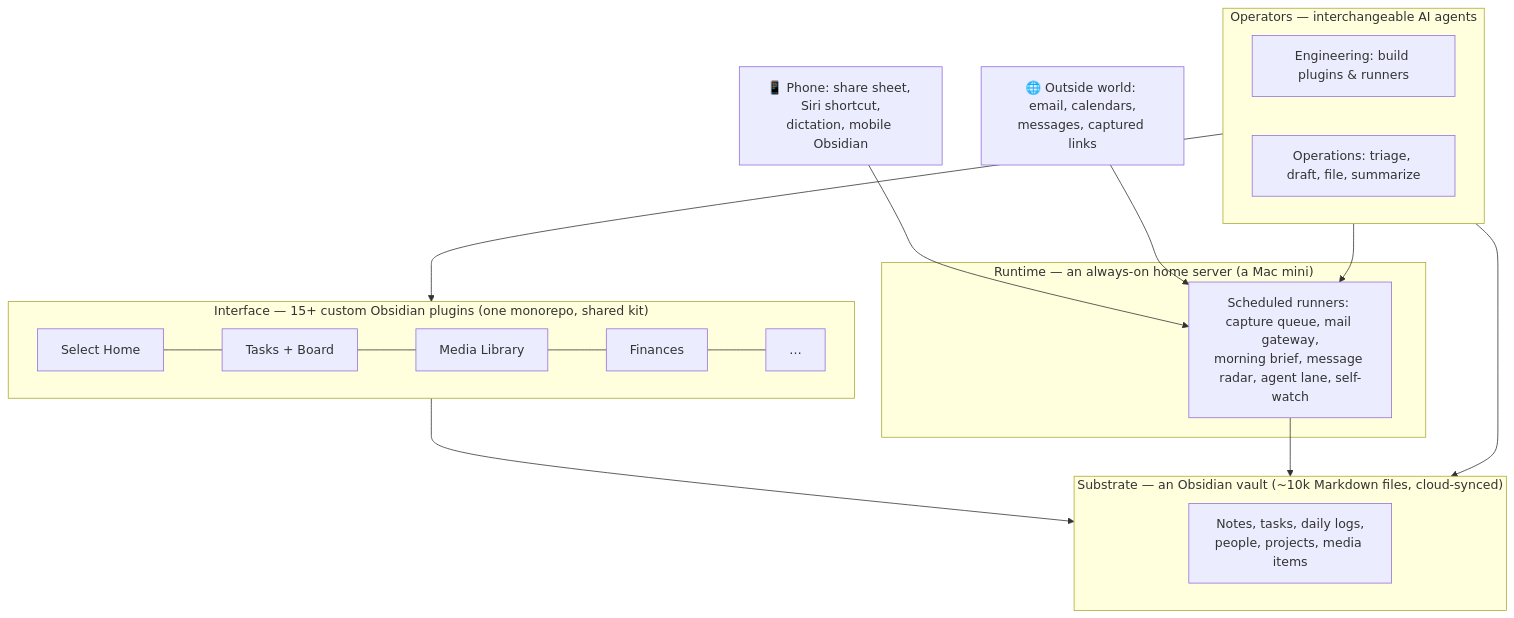
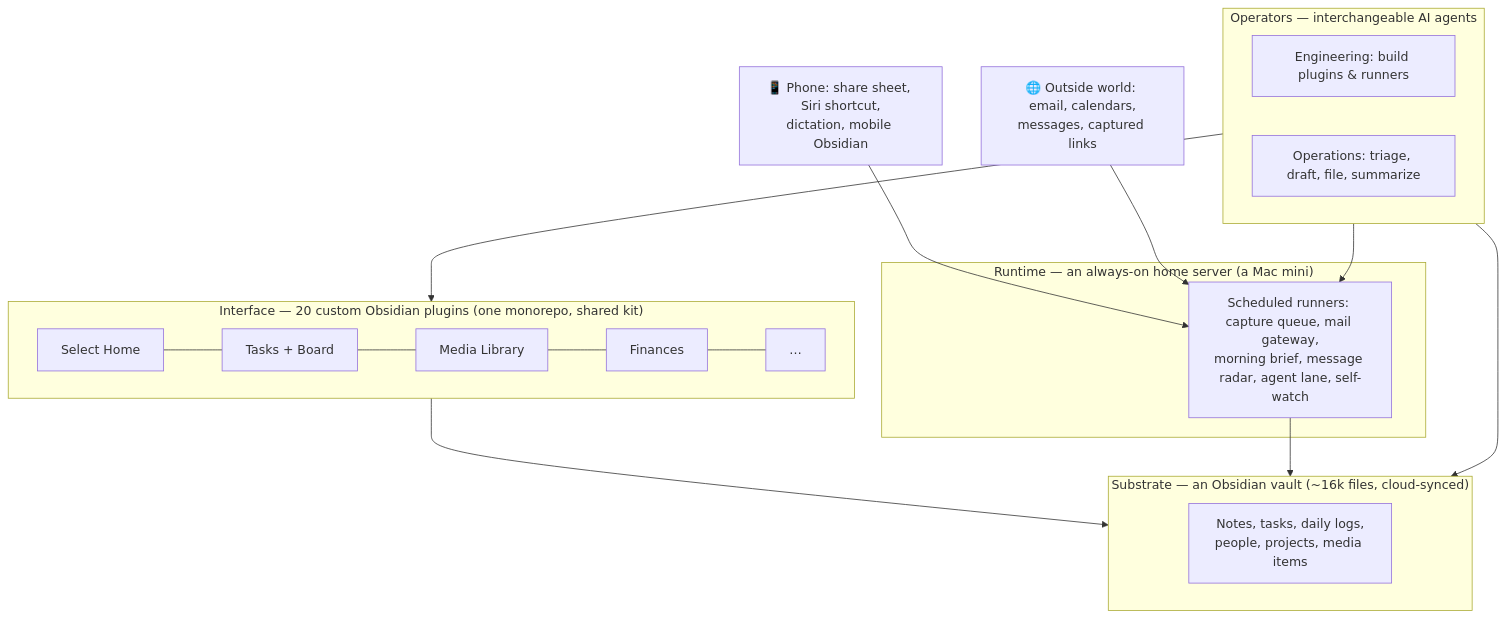
The diagram in HOW-IT-WORKS.md (cobbenterprises/select-showcase), drawn with Mermaid before and after one commit. The commit also changed other lines of this file and 3 other files, not shown here.

````diff
--- a/HOW-IT-WORKS.md
+++ b/HOW-IT-WORKS.md
@@ -7,27 +7,27 @@
 ```mermaid
 flowchart TB
-    subgraph substrate["Substrate — an Obsidian vault (~10k Markdown files, cloud-synced)"]
+    subgraph substrate["Substrate — an Obsidian vault (~16k files, cloud-synced)"]
         notes["Notes, tasks, daily logs,<br/>people, projects, media items"]
     end
 
-    subgraph surfaces["Interface — 15+ custom Obsidian plugins (one monorepo, shared kit)"]
+    subgraph surfaces["Interface — 20 custom Obsidian plugins (one monorepo, shared kit)"]
         home["Select Home"] --- tasks["Tasks + Board"] --- media["Media Library"] --- fin["Finances"] --- more["…"]
     end
 
     subgraph server["Runtime — an always-on home server (a Mac mini)"]
         runners["Scheduled runners: capture queue, mail gateway,<br/>morning brief, message radar, agent lane, self-watch"]
     end
 
     subgraph agents["Operators — interchangeable AI agents"]
         eng["Engineering: build plugins & runners"]
         ops["Operations: triage, draft, file, summarize"]
     end
 
     surfaces --> substrate
     runners --> substrate
     agents --> substrate
     agents --> surfaces
     agents --> runners
     phone["📱 Phone: share sheet, Siri shortcut,<br/>dictation, mobile Obsidian"] --> runners
     world["🌐 Outside world: email, calendars,<br/>messages, captured links"] --> runners
 ```
````
